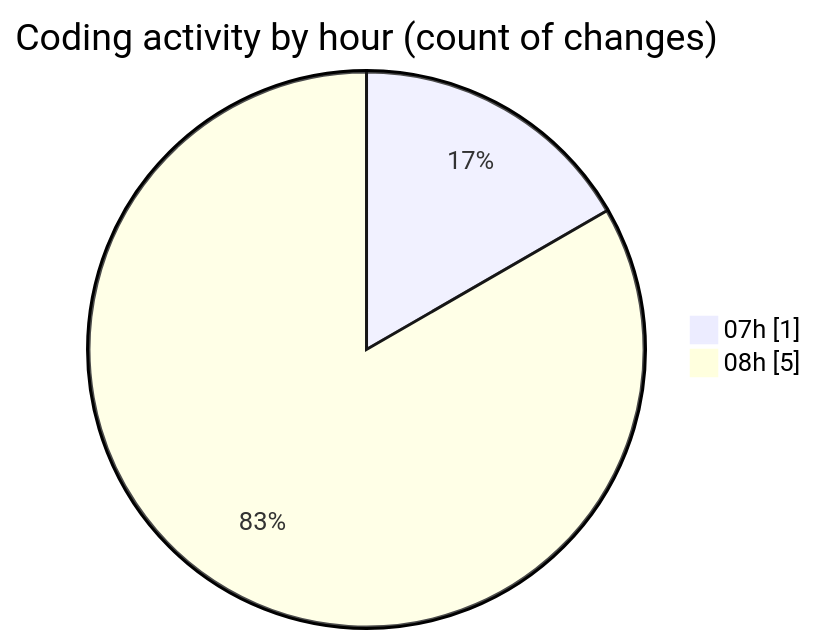
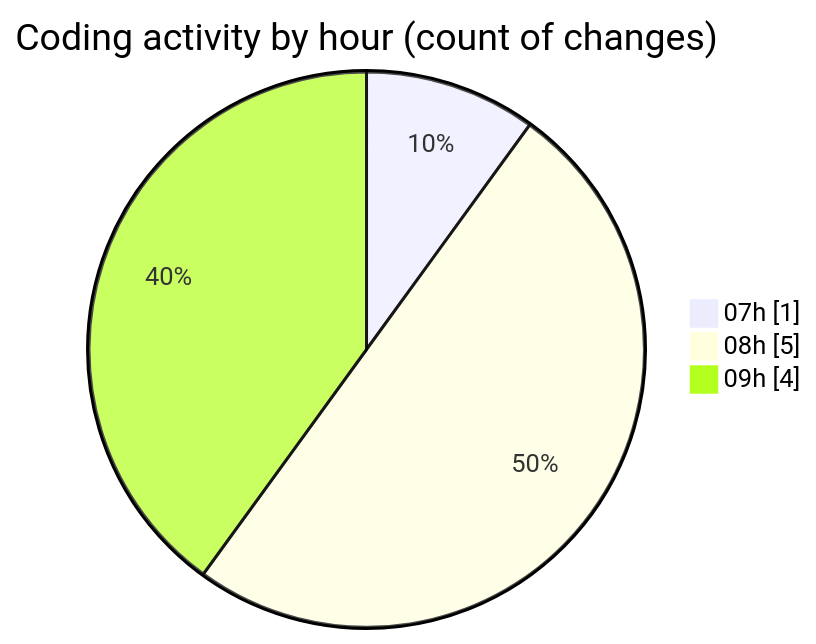
The second of 2 diagrams in 2025-05-14/cda/README.md (momahboobian/code-tracking), drawn with Mermaid before and after one commit. The commit also changed other lines of this file and 1 other file, not shown here.

````diff
--- a/2025-05-14/cda/README.md
+++ b/2025-05-14/cda/README.md
@@ -34,6 +35,7 @@
 ```mermaid
 pie showData
 title Coding activity by hour (count of changes)
 "07h" : 1
 "08h" : 5
+"09h" : 4
 ```
````
